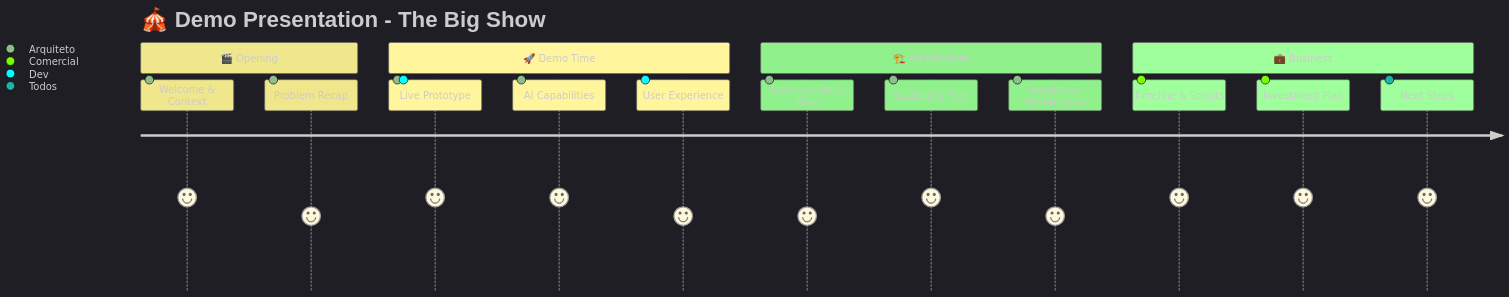
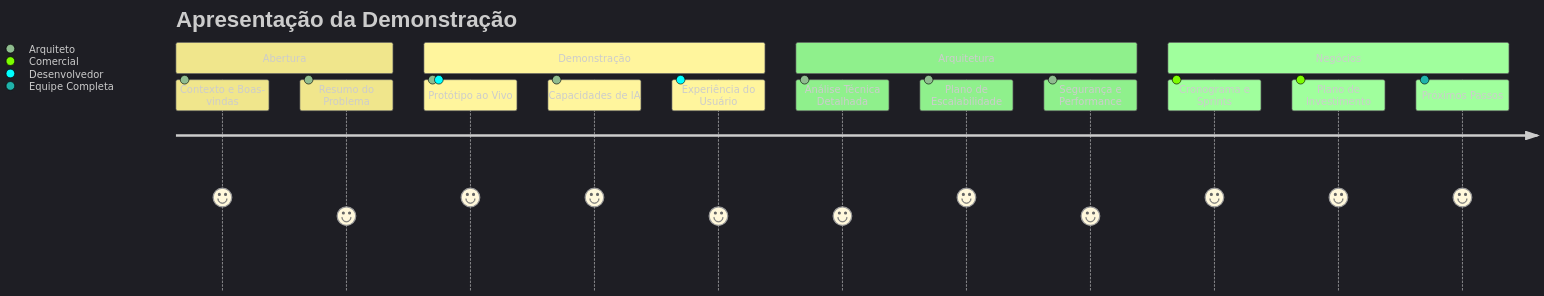
Before and after one commit to solanisdev/solar: the seventh of 20 diagrams in README.md, drawn with Mermaid. The commit also changed other lines of this file, not shown here.

````diff
--- a/README.md
+++ b/README.md
@@ -259,20 +253,20 @@
 ```mermaid
 %%{init: {'theme':'dark', 'themeVariables': {'primaryColor':'#F0E68C','primaryTextColor':'#ffffff','primaryBorderColor':'#FFD700','lineColor':'#FFA000','secondaryColor':'#FFF59D','tertiaryColor':'#FFECB3'}}}%%
 journey
-    title 🎪 Demo Presentation - The Big Show
-    section 🎬 Opening
-      Welcome & Context: 5: Arquiteto
-      Problem Recap: 4: Arquiteto
-    section 🚀 Demo Time
-      Live Prototype: 5: Arquiteto, Dev
-      AI Capabilities: 5: Arquiteto
-      User Experience: 4: Dev
-    section 🏗️ Architecture
-      Technical Deep Dive: 4: Arquiteto
-      Scalability Plan: 5: Arquiteto
-      Security & Performance: 4: Arquiteto
-    section 💼 Business
-      Timeline & Sprints: 5: Comercial
-      Investment Plan: 5: Comercial
-      Next Steps: 5: Todos
+    title Apresentação da Demonstração
+    section Abertura
+      Contexto e Boas-vindas: 5: Arquiteto
+      Resumo do Problema: 4: Arquiteto
+    section Demonstração
+      Protótipo ao Vivo: 5: Arquiteto, Desenvolvedor
+      Capacidades de IA: 5: Arquiteto
+      Experiência do Usuário: 4: Desenvolvedor
+    section Arquitetura
+      Análise Técnica Detalhada: 4: Arquiteto
+      Plano de Escalabilidade: 5: Arquiteto
+      Segurança e Performance: 4: Arquiteto
+    section Negócios
+      Cronograma e Sprints: 5: Comercial
+      Plano de Investimento: 5: Comercial
+      Próximos Passos: 5: Equipe Completa
 ```
````
